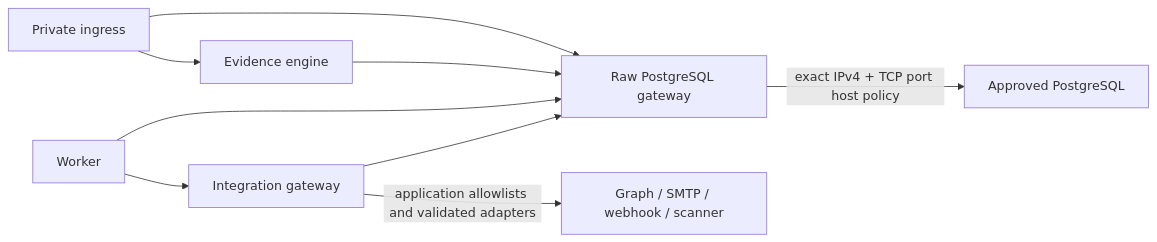
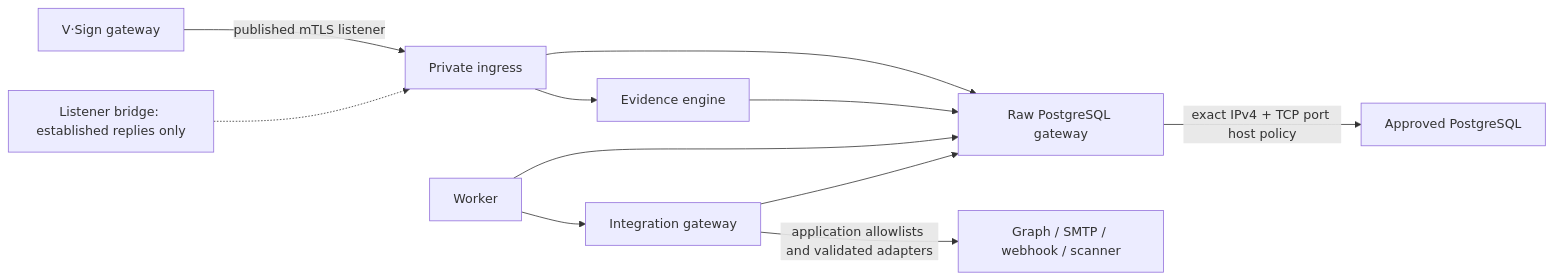
Before and after one commit to AznIronMan/VASI: the diagram in docs/architecture/private-engine-egress.md, drawn with Mermaid. The commit also changed other lines of this file and 29 other files, not shown here.

Commit message:
Correct private ingress egress isolation

````diff
--- a/docs/architecture/private-engine-egress.md
+++ b/docs/architecture/private-engine-egress.md
@@ -13,11 +17,13 @@
 ```mermaid
 flowchart LR
+  gateway["V·Sign gateway"] -->|"published mTLS listener"| ingress["Private ingress"]
   ingress["Private ingress"] --> engine["Evidence engine"]
   worker["Worker"] --> integration["Integration gateway"]
   ingress --> transport["Raw PostgreSQL gateway"]
   engine --> transport
   worker --> transport
   integration --> transport
   transport -->|"exact IPv4 + TCP port host policy"| database["Approved PostgreSQL"]
   integration -->|"application allowlists and validated adapters"| providers["Graph / SMTP / webhook / scanner"]
+  listenerPolicy["Listener bridge: established replies only"] -.-> ingress
 ```
````
